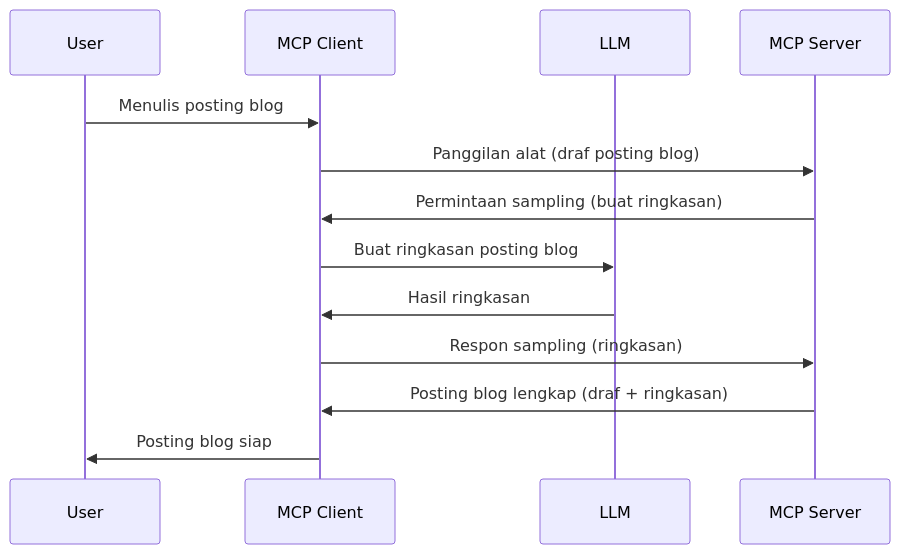
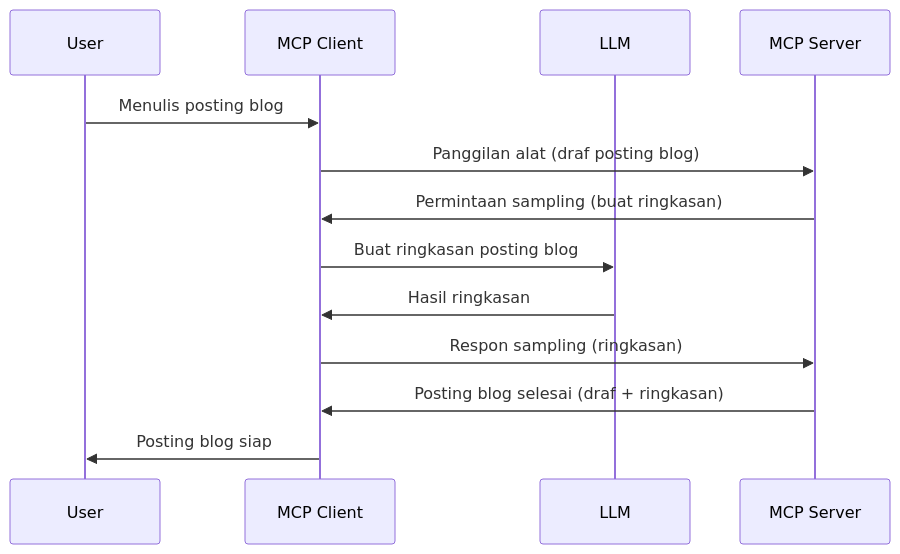
Before and after one commit to HIDORAKAI002/ai-workspace-archive: the diagram in mcp_ecosystem__model_context_protocol/mcp_learning_resources/mcp-for-beginners/translations/id/03-GettingStarted/14-sampling/README.md, drawn with Mermaid. The commit also changed other lines of this file and 1539 other files, not shown here.

````diff
--- a/mcp_ecosystem__model_context_protocol/mcp_learning_resources/mcp-for-beginners/translations/id/03-GettingStarted/14-sampling/README.md
+++ b/mcp_ecosystem__model_context_protocol/mcp_learning_resources/mcp-for-beginners/translations/id/03-GettingStarted/14-sampling/README.md
@@ -23,16 +23,16 @@
 ```mermaid
 sequenceDiagram
     participant User
     participant MCP Client
     participant LLM
     participant MCP Server
 
     User->>MCP Client: Menulis posting blog
     MCP Client->>MCP Server: Panggilan alat (draf posting blog)
     MCP Server->>MCP Client: Permintaan sampling (buat ringkasan)
     MCP Client->>LLM: Buat ringkasan posting blog
     LLM->>MCP Client: Hasil ringkasan
     MCP Client->>MCP Server: Respon sampling (ringkasan)
-    MCP Server->>MCP Client: Posting blog lengkap (draf + ringkasan)
+    MCP Server->>MCP Client: Posting blog selesai (draf + ringkasan)
     MCP Client->>User: Posting blog siap
 ```
````
